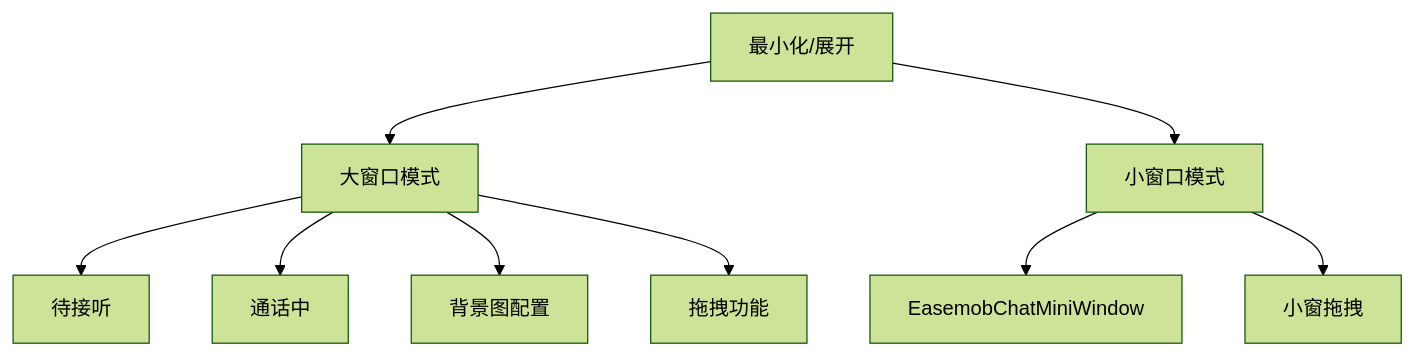
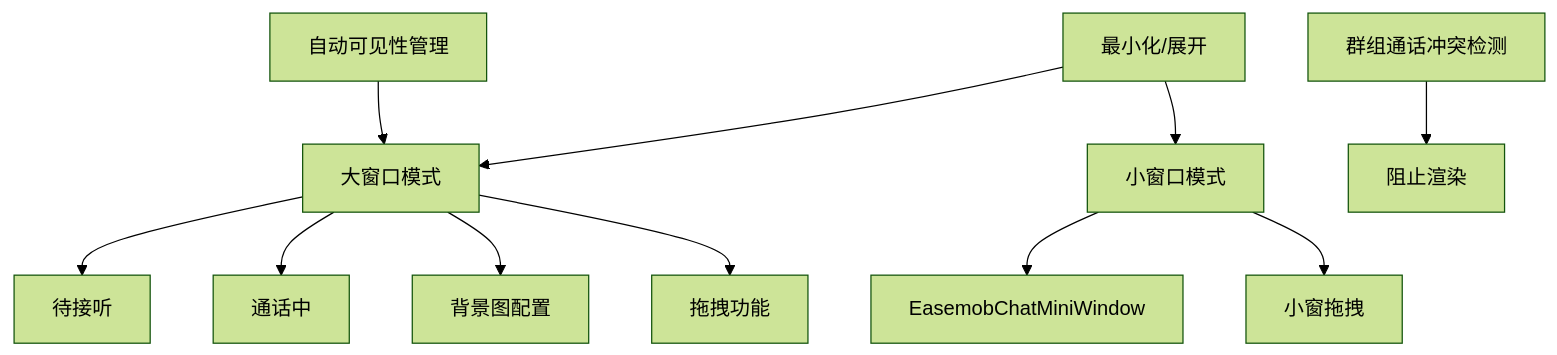
Before and after one commit to Easemob-Community/easemob-uikit-callkit-vue3: the fifth of 9 diagrams in .qoder/repowiki/zh/content/核心组件/单人通话组件/主组件 EasemobChatSingleCall.md, drawn with Mermaid (forest theme). The commit also changed other lines of this file and 40 other files, not shown here.

````diff
--- a/.qoder/repowiki/zh/content/核心组件/单人通话组件/主组件 EasemobChatSingleCall.md
+++ b/.qoder/repowiki/zh/content/核心组件/单人通话组件/主组件 EasemobChatSingleCall.md
@@ -224,11 +289,13 @@
 ```mermaid
 graph TB
-Big["大窗口模式"] --> Waiting["待接听"]
+AutoVisibility["自动可见性管理"] --> Big["大窗口模式"]
+Big --> Waiting["待接听"]
 Big --> Stream["通话中"]
 Big --> Background["背景图配置"]
 Big --> Drag["拖拽功能"]
 Small["小窗口模式"] --> Mini["EasemobChatMiniWindow"]
 Small --> MiniDrag["小窗拖拽"]
 Switch["最小化/展开"] --> Big
 Switch --> Small
+GroupConflict["群组通话冲突检测"] --> PreventRender["阻止渲染"]
 ```
````
